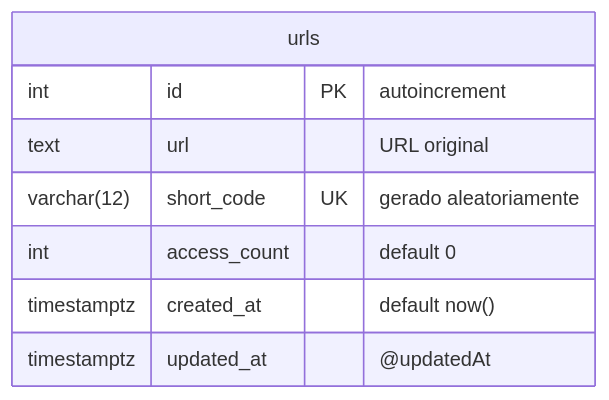
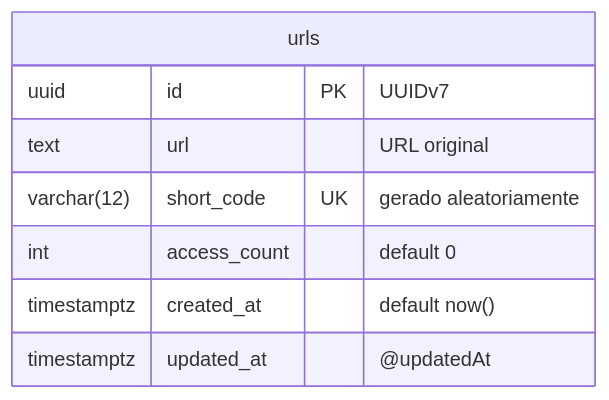
One commit to aqu1no1/nest-url-shortener changed the diagram in docs/diagramas/modelo-de-dados.md. Above: the diagram before and after it, drawn with Mermaid. The commit also changed other lines of this file and 15 other files, not shown here.

````diff
--- a/docs/diagramas/modelo-de-dados.md
+++ b/docs/diagramas/modelo-de-dados.md
@@ -5,11 +5,11 @@
 ```mermaid
 erDiagram
     urls {
-        int id PK "autoincrement"
+        uuid id PK "UUIDv7"
         text url "URL original"
         varchar(12) short_code UK "gerado aleatoriamente"
         int access_count "default 0"
         timestamptz created_at "default now()"
         timestamptz updated_at "@updatedAt"
     }
 ```
````
